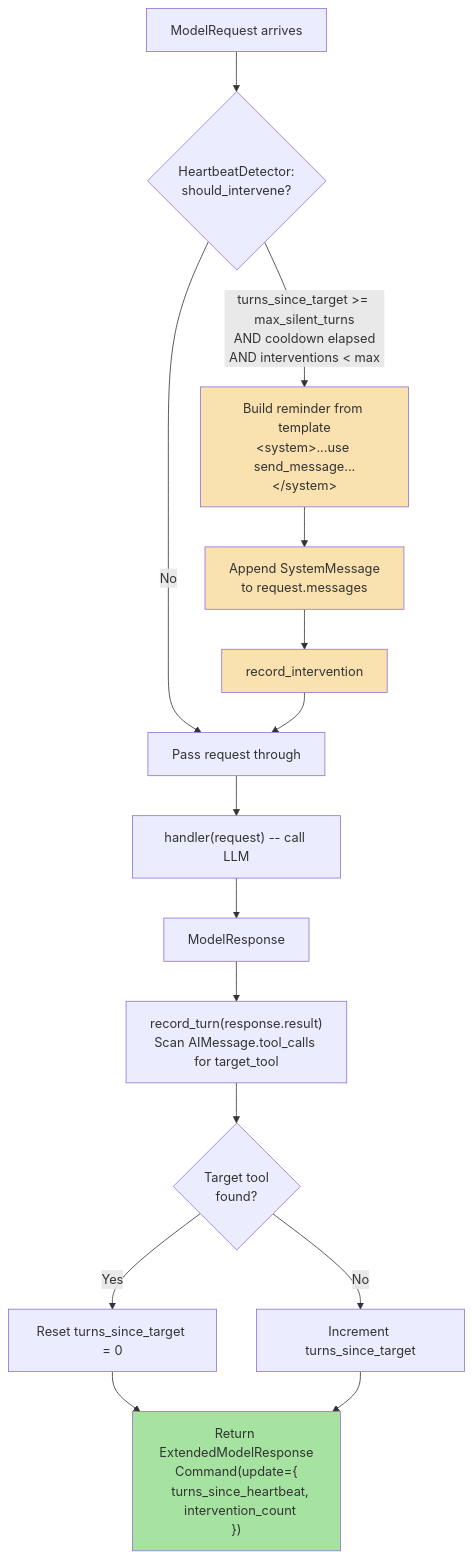
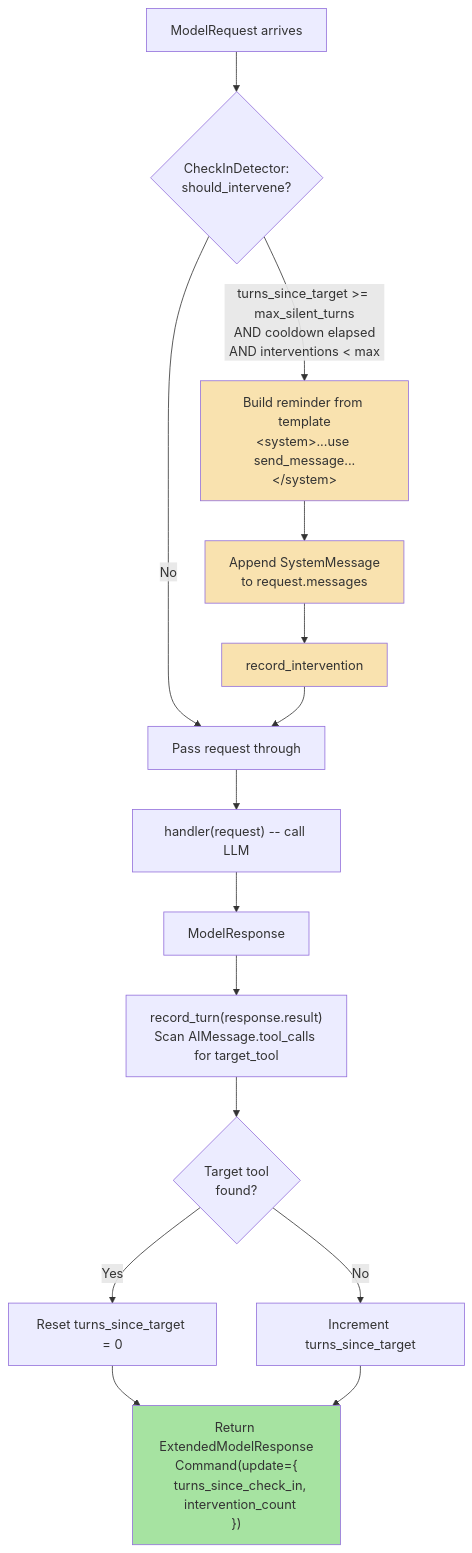
The diagram in python/behavior-steering-middleware/src/bsm_examples/drift_detection/DIAGRAM.md (johnsosoka/code-examples), drawn with Mermaid before and after one commit. The commit also changed other lines of this file and 13 other files, not shown here.

First line of the commit message:
rename Heartbeat -> CheckIn, add rendered diagram PNGs

````diff
--- a/python/behavior-steering-middleware/src/bsm_examples/drift_detection/DIAGRAM.md
+++ b/python/behavior-steering-middleware/src/bsm_examples/drift_detection/DIAGRAM.md
@@ -3,22 +3,22 @@
 ```mermaid
 flowchart TD
-    A[ModelRequest arrives] --> B{HeartbeatDetector:<br/>should_intervene?}
+    A[ModelRequest arrives] --> B{CheckInDetector:<br/>should_intervene?}
     B -- "turns_since_target >= max_silent_turns<br/>AND cooldown elapsed<br/>AND interventions < max" --> C["Build reminder from template<br/>&lt;system&gt;...use send_message...&lt;/system&gt;"]
     C --> D["Append SystemMessage<br/>to request.messages"]
     D --> E[record_intervention]
     B -- No --> F[Pass request through]
     E --> F
     F --> G["handler(request) -- call LLM"]
     G --> H[ModelResponse]
     H --> I["record_turn(response.result)<br/>Scan AIMessage.tool_calls for target_tool"]
     I --> J{"Target tool<br/>found?"}
     J -- Yes --> K["Reset turns_since_target = 0"]
     J -- No --> L["Increment turns_since_target"]
-    K --> M["Return ExtendedModelResponse<br/>Command(update={<br/>  turns_since_heartbeat,<br/>  intervention_count<br/>})"]
+    K --> M["Return ExtendedModelResponse<br/>Command(update={<br/>  turns_since_check_in,<br/>  intervention_count<br/>})"]
     L --> M
 
     style C fill:#f9e2af
     style D fill:#f9e2af
     style E fill:#f9e2af
     style M fill:#a6e3a1
 ```
````
